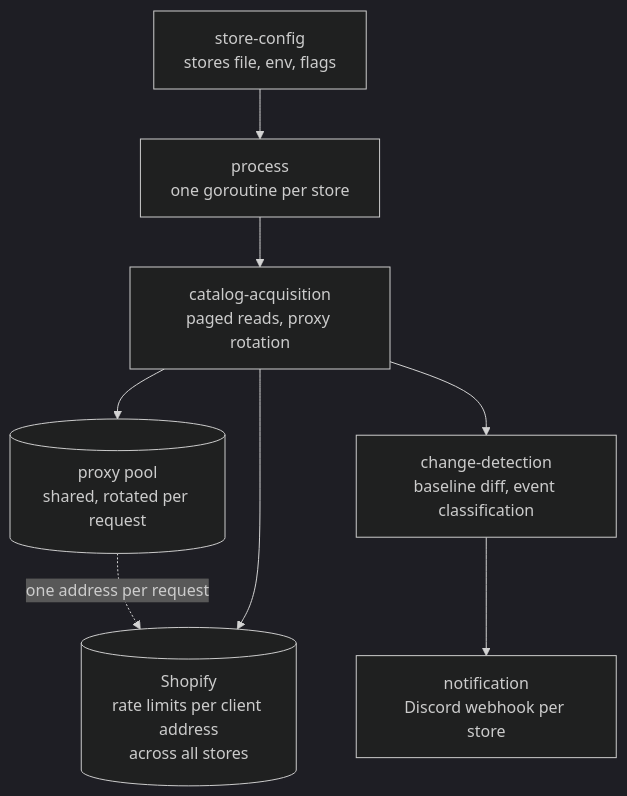
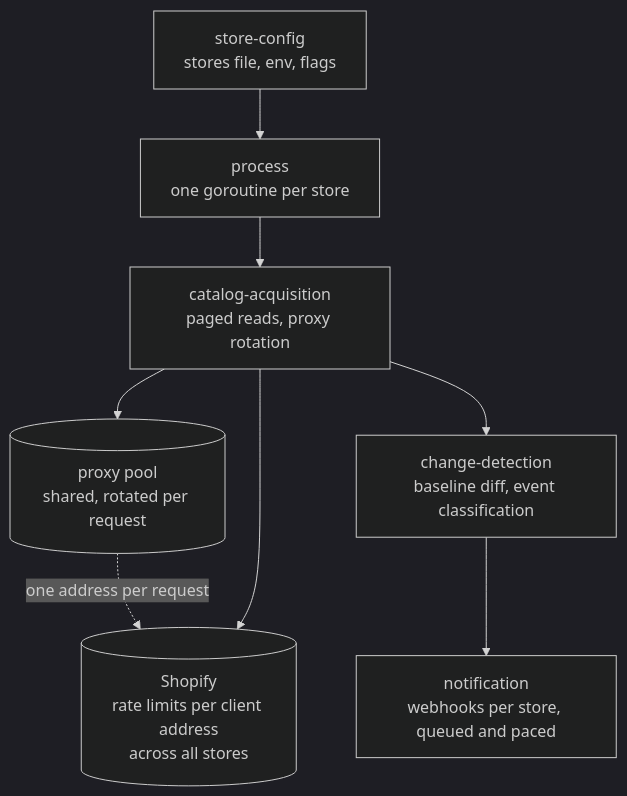
One commit to chewycrunch/shopify-monitor changed the diagram in docs/high-level-design.md. Above: the diagram before and after it, drawn with Mermaid (dark theme). The commit also changed other lines of this file and 22 other files, not shown here.

````diff
--- a/docs/high-level-design.md
+++ b/docs/high-level-design.md
@@ -83,10 +85,10 @@
 ```mermaid
 flowchart TD
     CFG[store-config<br/>stores file, env, flags] --> MAIN[process<br/>one goroutine per store]
     MAIN --> ACQ[catalog-acquisition<br/>paged reads, proxy rotation]
     ACQ --> POOL[(proxy pool<br/>shared, rotated per request)]
     ACQ --> DET[change-detection<br/>baseline diff, event classification]
-    DET --> NOTIFY[notification<br/>Discord webhook per store]
+    DET --> NOTIFY[notification<br/>webhooks per store, queued and paced]
     POOL -.->|one address per request| SHOPIFY[(Shopify<br/>rate limits per client address<br/>across all stores)]
     ACQ --> SHOPIFY
 ```
````
